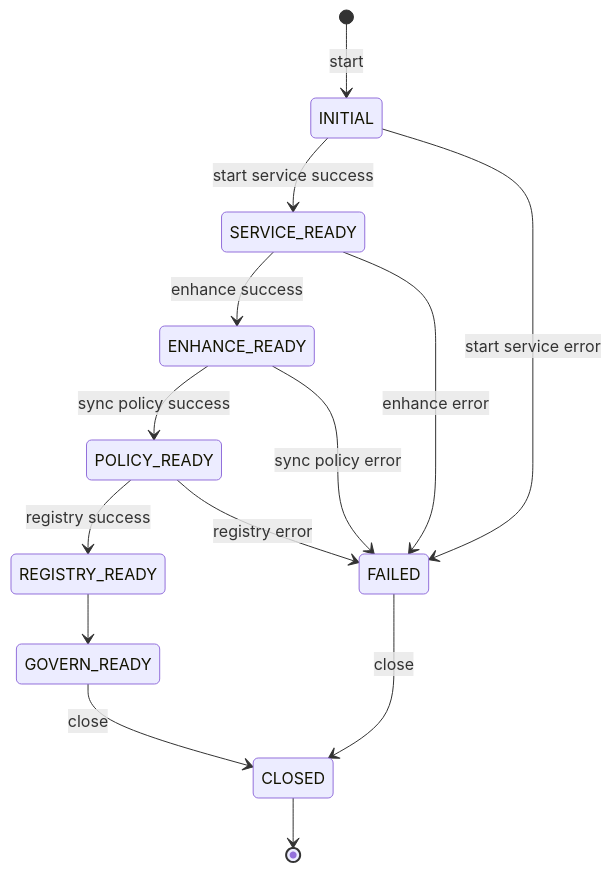
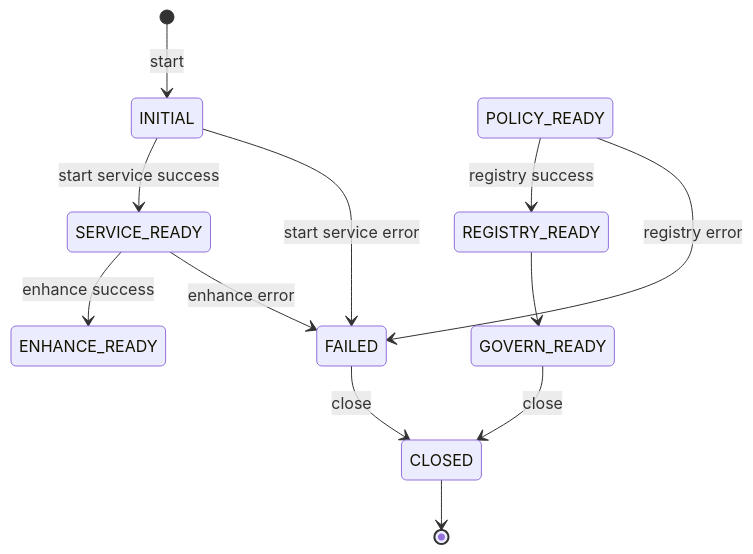
Before and after one commit to jd-opensource/joylive-agent: the fourth of 7 diagrams in docs/cn/2.0/design.md, drawn with Mermaid. The commit also changed other lines of this file and 12 other files, not shown here.

````diff
--- a/docs/cn/2.0/design.md
+++ b/docs/cn/2.0/design.md
@@ -156,18 +148,16 @@
 ```mermaid
 stateDiagram
     direction TB
     [*] --> INITIAL: start
     INITIAL --> SERVICE_READY: start service success
     INITIAL --> FAILED: start service error
     SERVICE_READY --> ENHANCE_READY: enhance success
     SERVICE_READY --> FAILED: enhance error
-    ENHANCE_READY --> POLICY_READY: sync policy success
-    ENHANCE_READY --> FAILED: sync policy error
     POLICY_READY --> REGISTRY_READY: registry success
     POLICY_READY --> FAILED: registry error
     REGISTRY_READY --> GOVERN_READY
     GOVERN_READY --> CLOSED:close
     FAILED --> CLOSED:close
     CLOSED --> [*]
     
 ```
````
